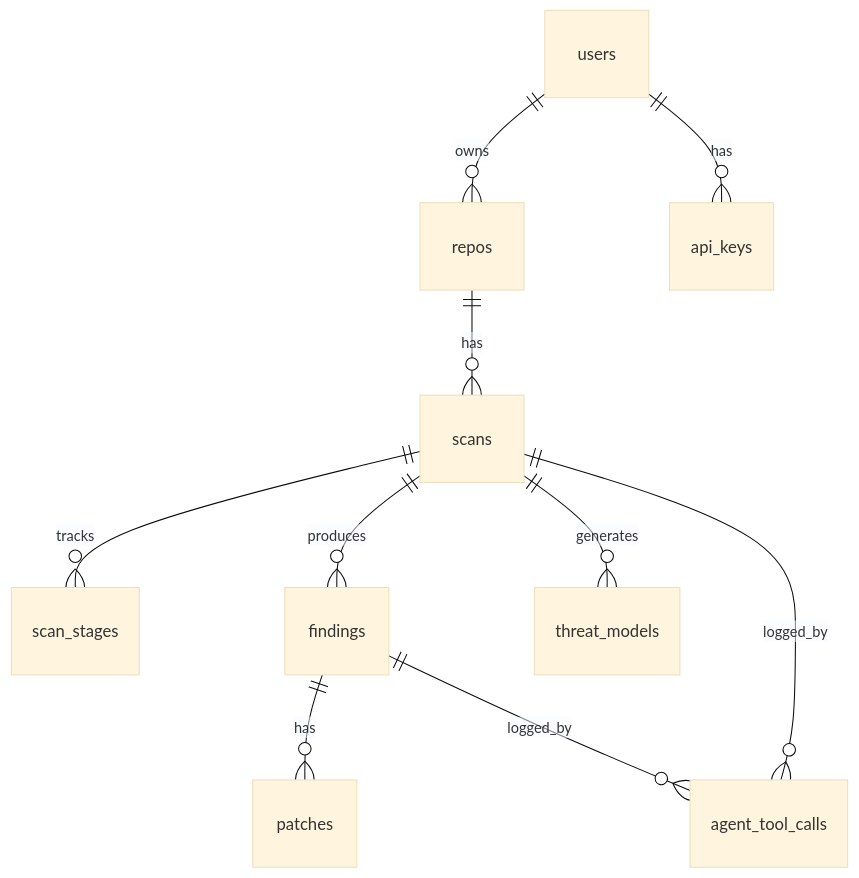
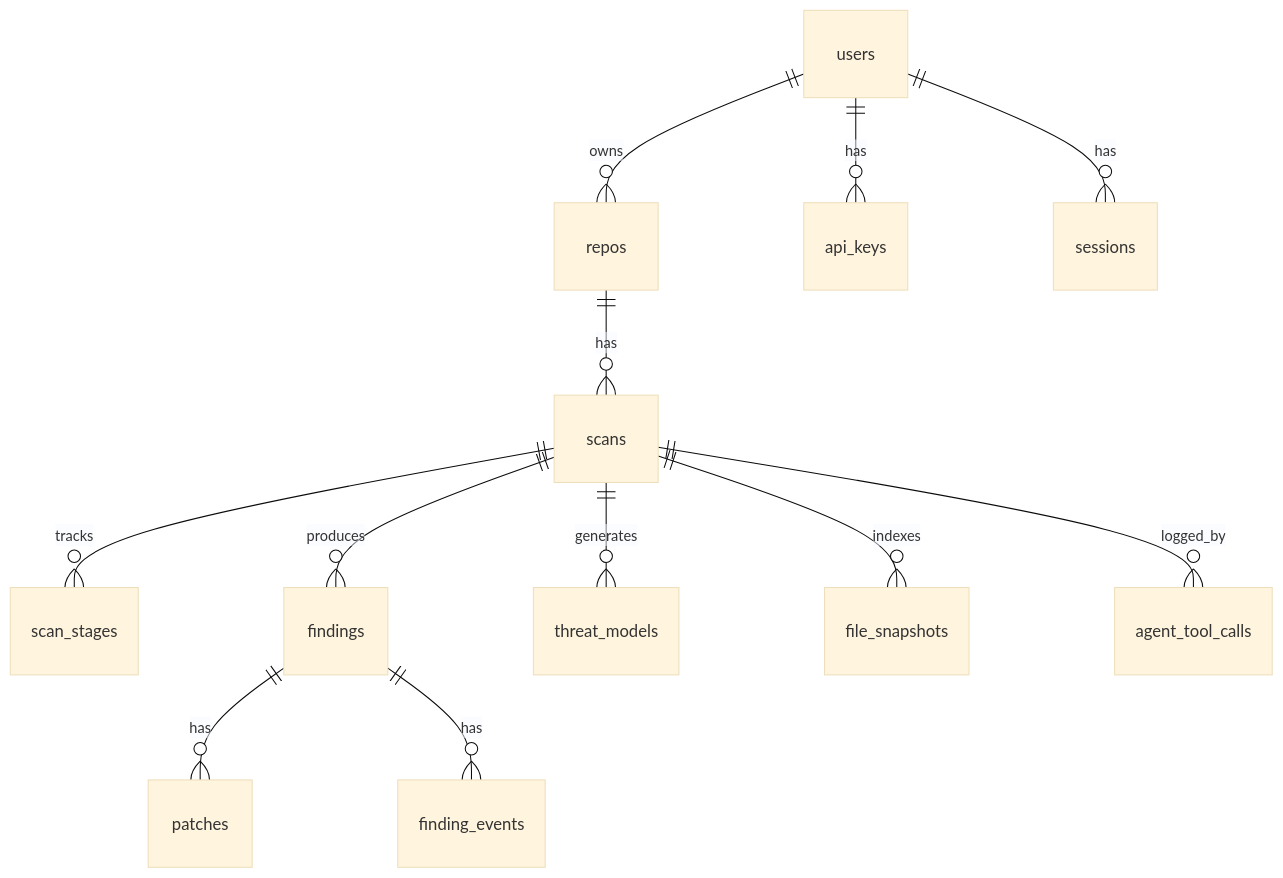
One commit to iamngoni/heimdall changed the sixth of 6 diagrams in README.md. Above: the diagram before and after it, drawn with Mermaid (base theme). The commit also changed other lines of this file and 90 other files, not shown here.

````diff
--- a/README.md
+++ b/README.md
@@ -193,12 +546,14 @@
 ```mermaid
 erDiagram
     users ||--o{ repos : owns
     users ||--o{ api_keys : has
+    users ||--o{ sessions : has
     repos ||--o{ scans : has
     scans ||--o{ scan_stages : tracks
     scans ||--o{ findings : produces
     scans ||--o{ threat_models : generates
+    scans ||--o{ file_snapshots : indexes
     findings ||--o{ patches : has
-    findings ||--o{ agent_tool_calls : logged_by
+    findings ||--o{ finding_events : has
     scans ||--o{ agent_tool_calls : logged_by
 ```
````
